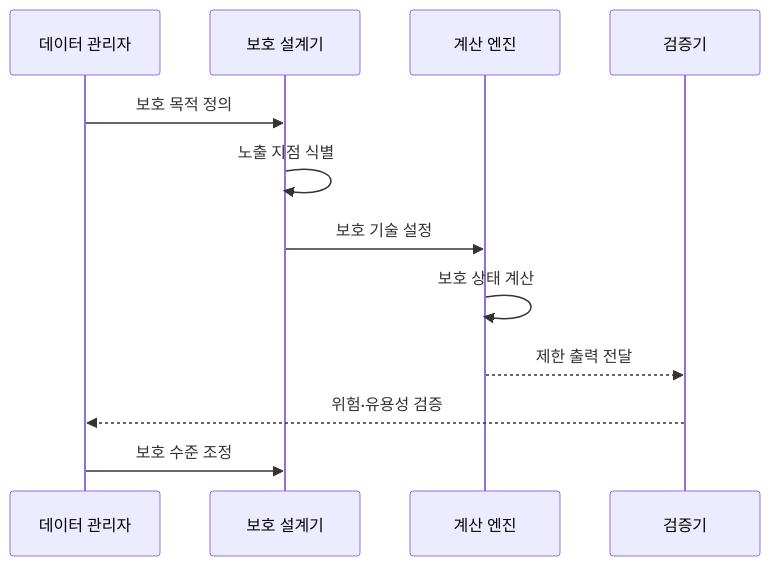
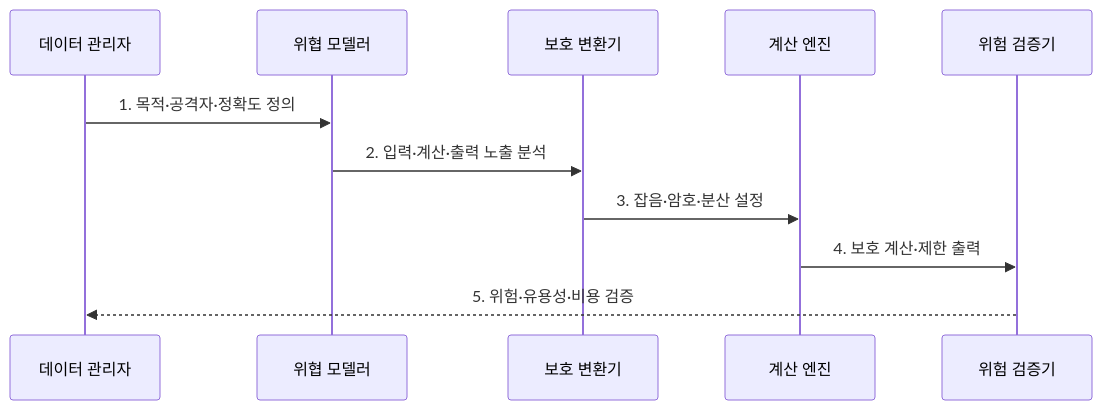
One commit to agnusdei1207/knowledge-base changed the second of 2 diagrams in src/content/docs/notes/05-security/100_privacy_enhancing_technologies.md. Above: the diagram before and after it, drawn with Mermaid. The commit also changed other lines of this file and 6 other files, not shown here.

````diff
--- a/src/content/docs/notes/05-security/100_privacy_enhancing_technologies.md
+++ b/src/content/docs/notes/05-security/100_privacy_enhancing_technologies.md
@@ -76,14 +78,13 @@
 ```mermaid
 sequenceDiagram
-  participant O as 데이터 관리자
-  participant P as 보호 설계기
-  participant C as 계산 엔진
-  participant V as 검증기
-  O->>P: 보호 목적 정의
-  P->>P: 노출 지점 식별
-  P->>C: 보호 기술 설정
-  C->>C: 보호 상태 계산
-  C-->>V: 제한 출력 전달
-  V-->>O: 위험·유용성 검증
-  O->>P: 보호 수준 조정
+    participant O as 데이터 관리자
+    participant T as 위협 모델러
+    participant P as 보호 변환기
+    participant C as 계산 엔진
+    participant V as 위험 검증기
+    O->>T: 1. 목적·공격자·정확도 정의
+    T->>P: 2. 입력·계산·출력 노출 분석
+    P->>C: 3. 잡음·암호·분산 설정
+    C->>V: 4. 보호 계산·제한 출력
+    V-->>O: 5. 위험·유용성·비용 검증
 ```
````
